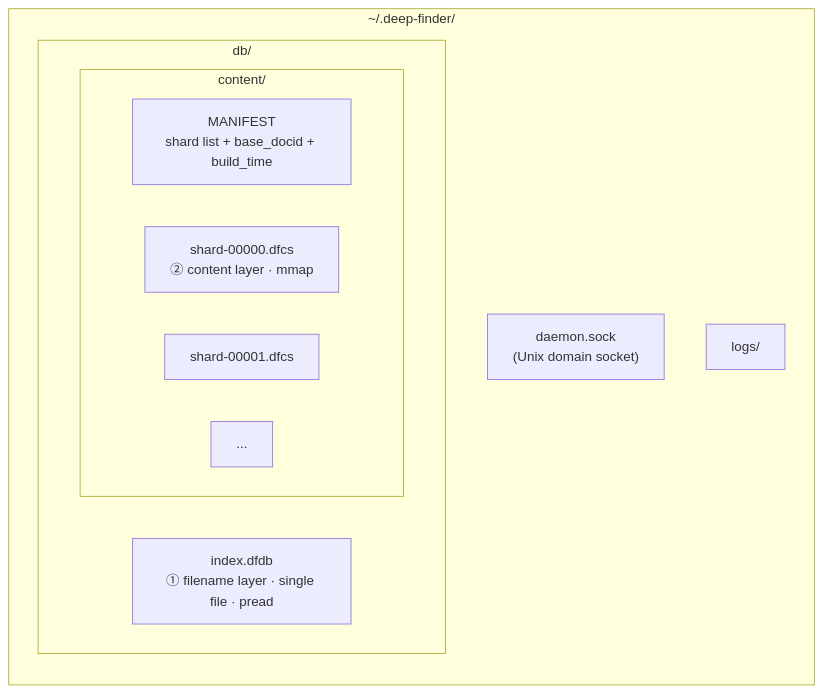
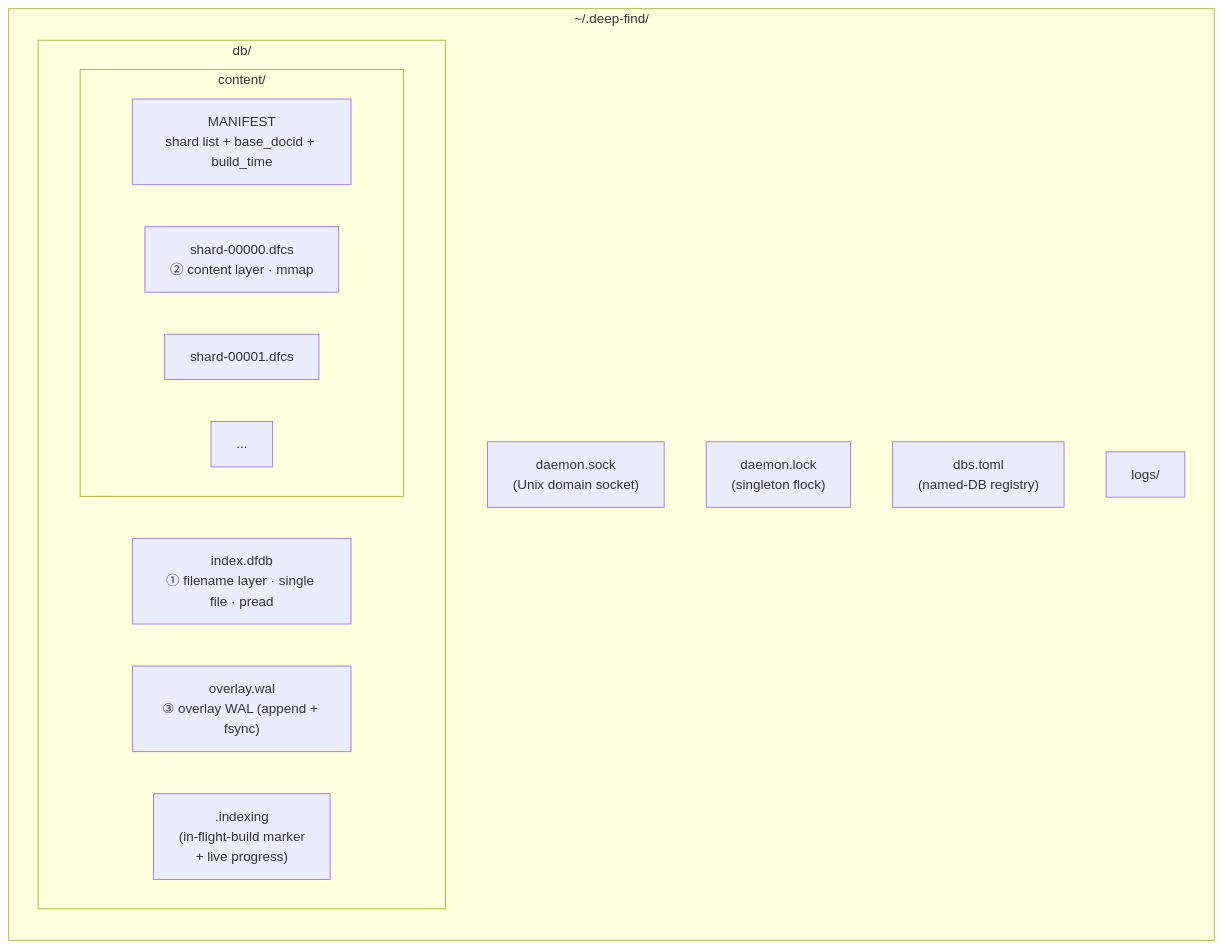
The third of 6 diagrams in docs/architecture.md (nadav-cheung/DeepFinder), drawn with Mermaid before and after one commit. The commit also changed other lines of this file and 3 other files, not shown here.

First line of the commit message:
docs: sync architecture/decisions/tech-selection/README to v0.1.6

````diff
--- a/docs/architecture.md
+++ b/docs/architecture.md
@@ -94,16 +102,20 @@
 ```mermaid
 flowchart LR
-    subgraph home["~/.deep-finder/"]
+    subgraph home["~/.deep-find/"]
         SOCK["daemon.sock<br/>(Unix domain socket)"]
+        LOCK["daemon.lock<br/>(singleton flock)"]
+        REG["dbs.toml<br/>(named-DB registry)"]
         subgraph dbdir["db/"]
             FN["index.dfdb<br/>① filename layer · single file · pread"]
+            WAL["overlay.wal<br/>③ overlay WAL (append + fsync)"]
+            MK[".indexing<br/>(in-flight-build marker<br/>+ live progress)"]
             subgraph cdir["content/"]
                 MAN["MANIFEST<br/>shard list + base_docid + build_time"]
                 S1["shard-00000.dfcs<br/>② content layer · mmap"]
                 S2["shard-00001.dfcs"]
                 SN["..."]
             end
         end
         LOGS["logs/"]
     end
 ```
````
